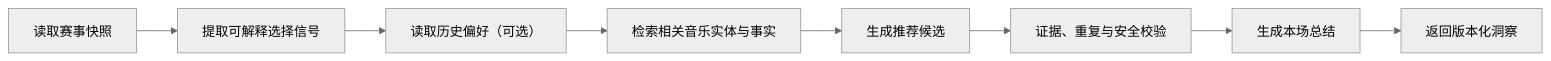
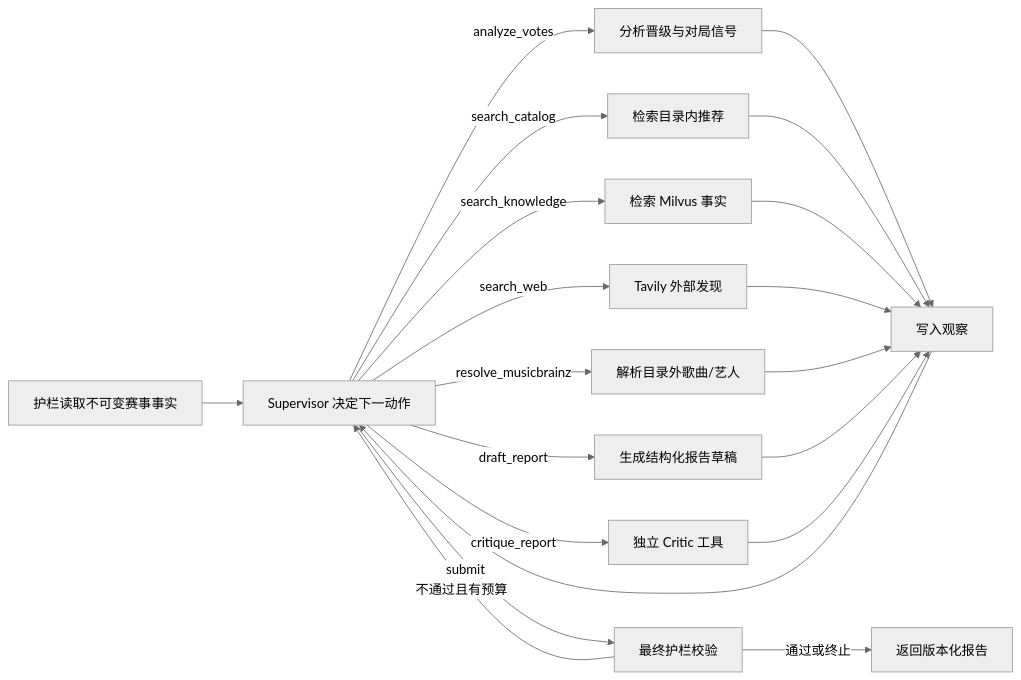
One commit to garfieldra/IndieSoundQuest changed the third of 3 diagrams in Specs/03-技术架构/05-Agent工作流规格.md. Above: the diagram before and after it, drawn with Mermaid (neutral theme). The commit also changed other lines of this file and 131 other files, not shown here.

````diff
--- a/Specs/03-技术架构/05-Agent工作流规格.md
+++ b/Specs/03-技术架构/05-Agent工作流规格.md
@@ -213,10 +234,22 @@
 ```mermaid
 flowchart LR
-  A["读取赛事快照"] --> B["提取可解释选择信号"]
-  B --> C["读取历史偏好（可选）"]
-  C --> D["检索相关音乐实体与事实"]
-  D --> E["生成推荐候选"]
-  E --> F["证据、重复与安全校验"]
-  F --> G["生成本场总结"]
-  G --> H["返回版本化洞察"]
+  A["护栏读取不可变赛事事实"] --> S["Supervisor 决定下一动作"]
+  S -->|analyze_votes| V["分析晋级与对局信号"]
+  S -->|search_catalog| C["检索目录内推荐"]
+  S -->|search_knowledge| K["检索 Milvus 事实"]
+  S -->|search_web| W["Tavily 外部发现"]
+  S -->|resolve_musicbrainz| M["解析目录外歌曲/艺人"]
+  S -->|draft_report| D["生成结构化报告草稿"]
+  S -->|critique_report| Q["独立 Critic 工具"]
+  S -->|submit| G["最终护栏校验"]
+  V --> O["写入观察"]
+  C --> O
+  K --> O
+  W --> O
+  M --> O
+  D --> O
+  Q --> O
+  O --> S
+  G -->|不通过且有预算| S
+  G -->|通过或终止| H["返回版本化报告"]
 ```
````
